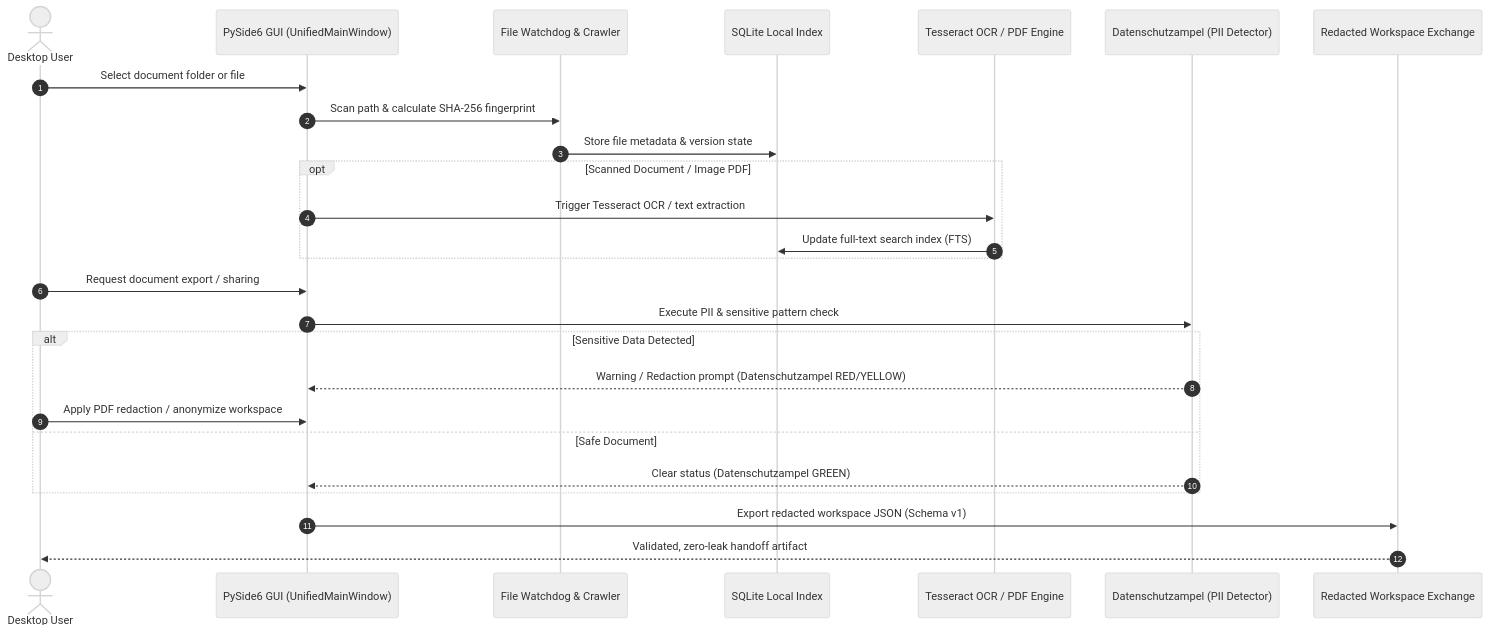
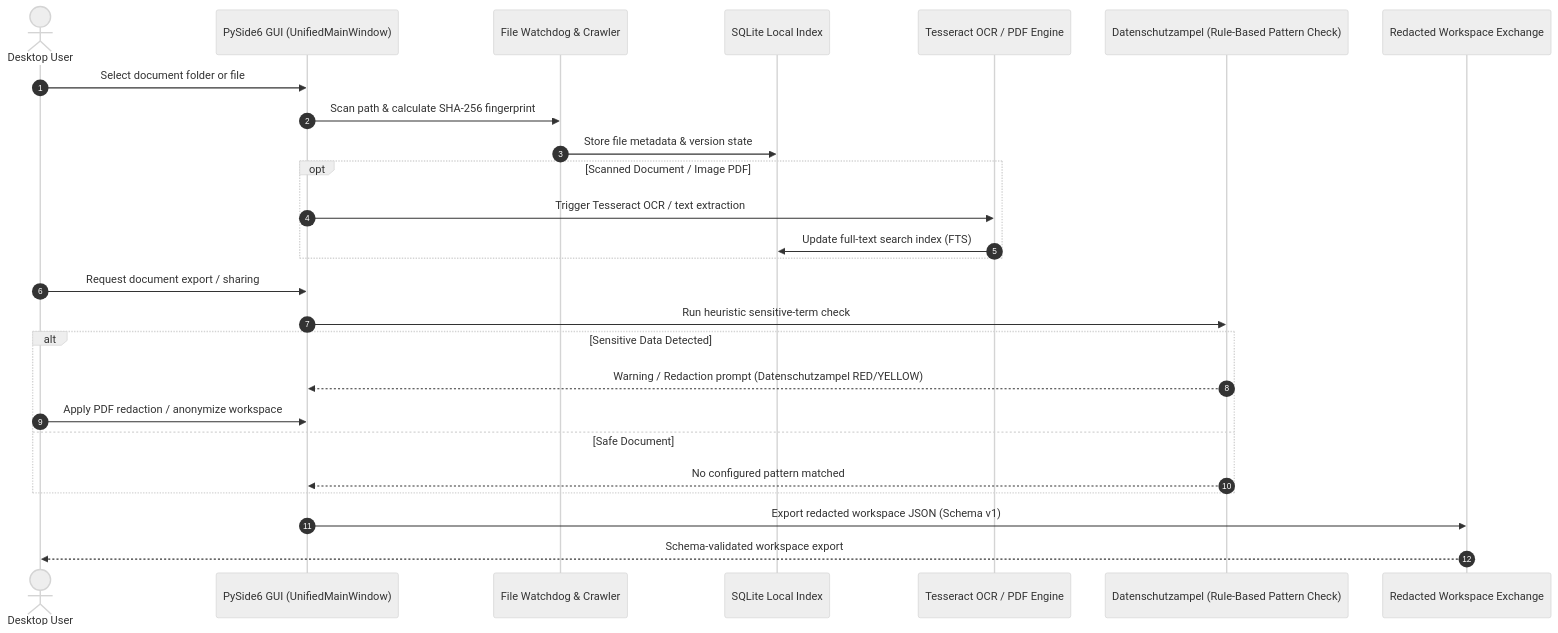
The second of 2 diagrams in README.md (file-bricks/ProFiler), drawn with Mermaid (neutral theme) before and after one commit. The commit also changed other lines of this file and 13 other files, not shown here.

````diff
--- a/README.md
+++ b/README.md
@@ -115,29 +115,29 @@
 ```mermaid
 sequenceDiagram
     autonumber
     actor User as Desktop User
     participant UI as PySide6 GUI (UnifiedMainWindow)
     participant Crawler as File Watchdog & Crawler
     participant Index as SQLite Local Index
     participant OCR as Tesseract OCR / PDF Engine
-    participant Gate as Datenschutzampel (PII Detector)
+    participant Gate as Datenschutzampel (Rule-Based Pattern Check)
     participant Exchange as Redacted Workspace Exchange
 
     User->>UI: Select document folder or file
     UI->>Crawler: Scan path & calculate SHA-256 fingerprint
     Crawler->>Index: Store file metadata & version state
     opt Scanned Document / Image PDF
         UI->>OCR: Trigger Tesseract OCR / text extraction
         OCR->>Index: Update full-text search index (FTS)
     end
     User->>UI: Request document export / sharing
-    UI->>Gate: Execute PII & sensitive pattern check
+    UI->>Gate: Run heuristic sensitive-term check
     alt Sensitive Data Detected
         Gate-->>UI: Warning / Redaction prompt (Datenschutzampel RED/YELLOW)
         User->>UI: Apply PDF redaction / anonymize workspace
     else Safe Document
-        Gate-->>UI: Clear status (Datenschutzampel GREEN)
+        Gate-->>UI: No configured pattern matched
     end
     UI->>Exchange: Export redacted workspace JSON (Schema v1)
-    Exchange-->>User: Validated, zero-leak handoff artifact
+    Exchange-->>User: Schema-validated workspace export
 ```
````
